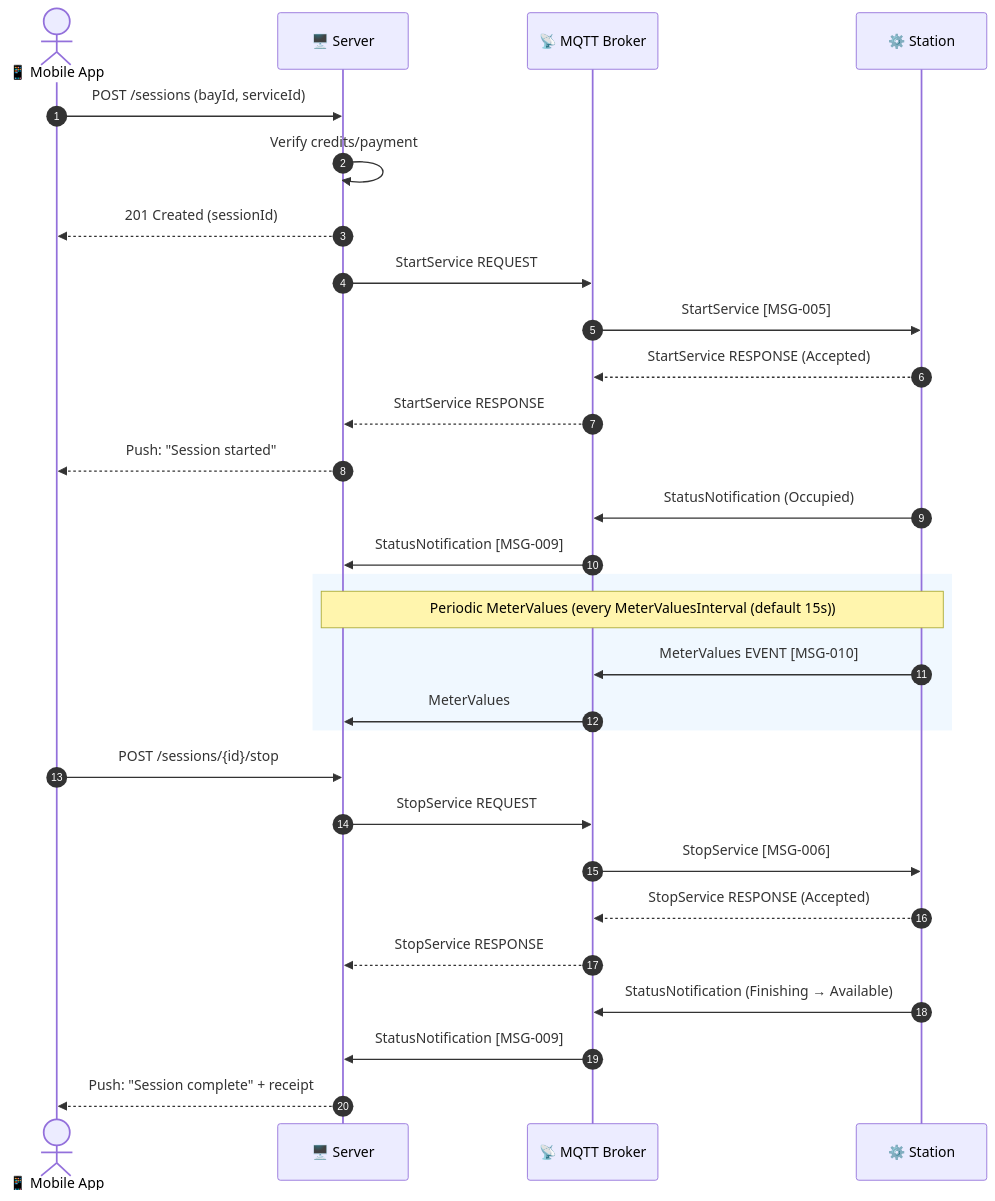
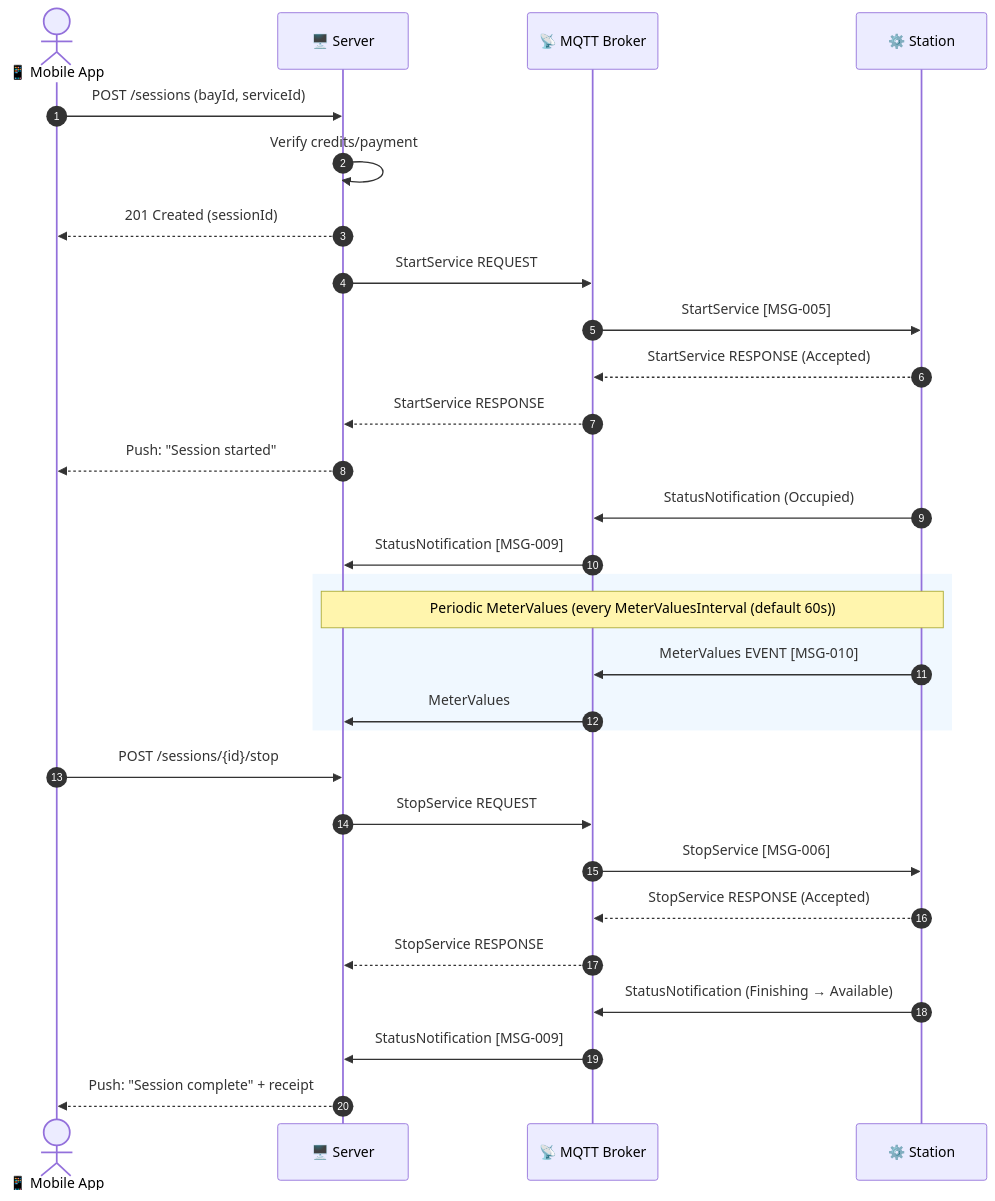
Before and after one commit to ospp-org/spec: the fifth of 7 diagrams in diagrams/README.md, drawn with Mermaid. The commit also changed 56 other files, not shown here.

````diff
--- a/diagrams/README.md
+++ b/diagrams/README.md
@@ -193,39 +193,39 @@
 ```mermaid
 sequenceDiagram
     autonumber
 
     actor User as 📱 Mobile App
     participant Server as 🖥️ Server
     participant Broker as 📡 MQTT Broker
     participant Station as ⚙️ Station
 
     User->>Server: POST /sessions (bayId, serviceId)
     Server->>Server: Verify credits/payment
     Server-->>User: 201 Created (sessionId)
 
     Server->>Broker: StartService REQUEST
     Broker->>Station: StartService [MSG-005]
     Station-->>Broker: StartService RESPONSE (Accepted)
     Broker-->>Server: StartService RESPONSE
     Server-->>User: Push: "Session started"
 
     Station->>Broker: StatusNotification (Occupied)
     Broker->>Server: StatusNotification [MSG-009]
 
     rect rgb(240, 248, 255)
-        Note over Station,Server: Periodic MeterValues (every MeterValuesInterval (default 15s))
+        Note over Station,Server: Periodic MeterValues (every MeterValuesInterval (default 60s))
         Station->>Broker: MeterValues EVENT [MSG-010]
         Broker->>Server: MeterValues
     end
 
     User->>Server: POST /sessions/{id}/stop
     Server->>Broker: StopService REQUEST
     Broker->>Station: StopService [MSG-006]
     Station-->>Broker: StopService RESPONSE (Accepted)
     Broker-->>Server: StopService RESPONSE
 
     Station->>Broker: StatusNotification (Finishing → Available)
     Broker->>Server: StatusNotification [MSG-009]
 
     Server-->>User: Push: "Session complete" + receipt
 ```
````
